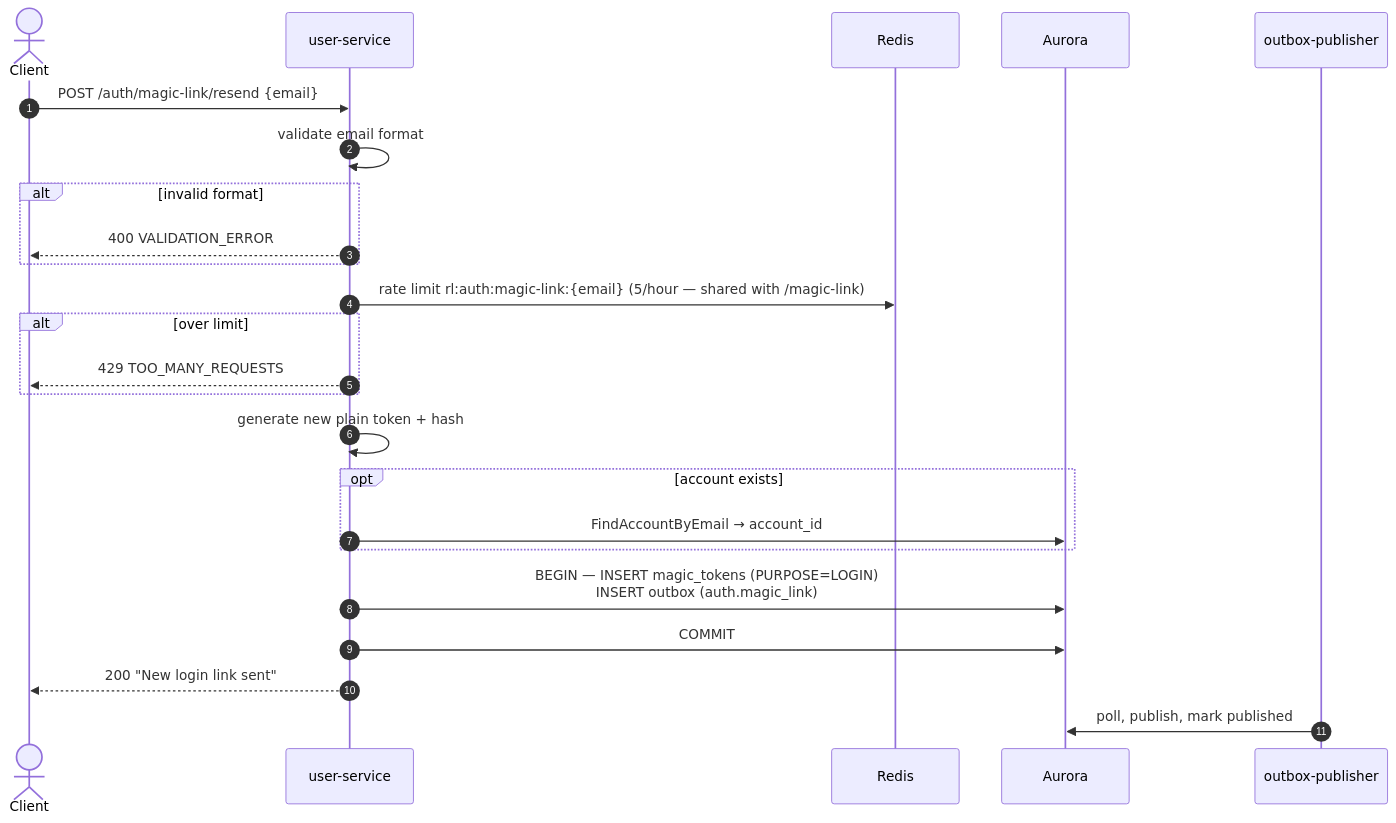
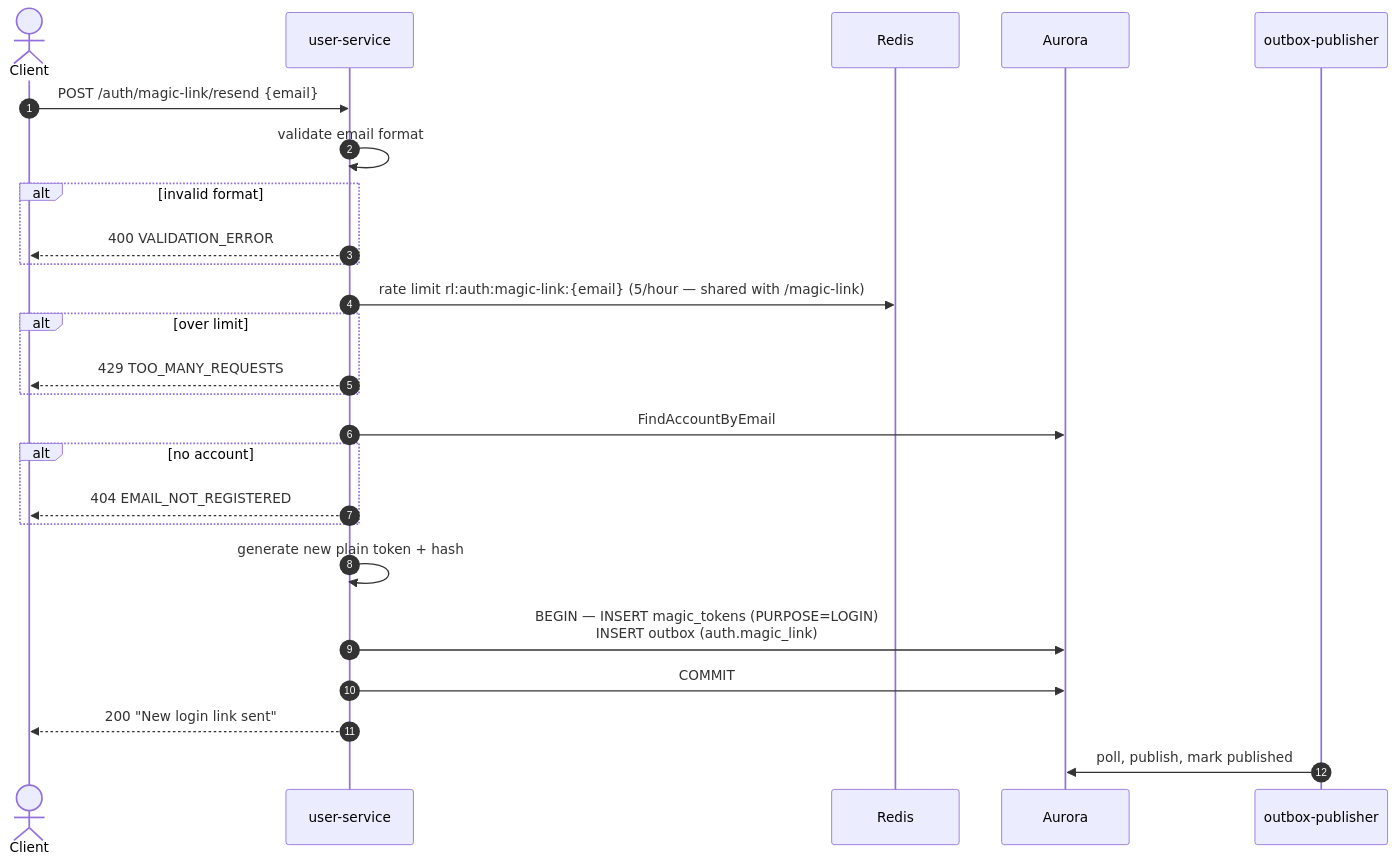
Before and after one commit to PTServerJanganTumbang-BookingTicket/be-rusuh-war-ticketing: the diagram in docs/01-authentication/02-resend-magic-link.md, drawn with Mermaid. The commit also changed other lines of this file and 2 other files, not shown here.

````diff
--- a/docs/01-authentication/02-resend-magic-link.md
+++ b/docs/01-authentication/02-resend-magic-link.md
@@ -24,32 +24,33 @@
 ```mermaid
 sequenceDiagram
     autonumber
     actor C as Client
     participant H as user-service
     participant R as Redis
     participant DB as Aurora
     participant OBP as outbox-publisher
 
     C->>H: POST /auth/magic-link/resend {email}
     H->>H: validate email format
     alt invalid format
         H-->>C: 400 VALIDATION_ERROR
     end
 
     H->>R: rate limit rl:auth:magic-link:{email} (5/hour — shared with /magic-link)
     alt over limit
         H-->>C: 429 TOO_MANY_REQUESTS
     end
 
+    H->>DB: FindAccountByEmail
+    alt no account
+        H-->>C: 404 EMAIL_NOT_REGISTERED
+    end
+
     H->>H: generate new plain token + hash
-
-    opt account exists
-        H->>DB: FindAccountByEmail → account_id
-    end
 
     H->>DB: BEGIN — INSERT magic_tokens (PURPOSE=LOGIN)<br/>INSERT outbox (auth.magic_link)
     H->>DB: COMMIT
     H-->>C: 200 "New login link sent"
 
     OBP->>DB: poll, publish, mark published
 ```
````
